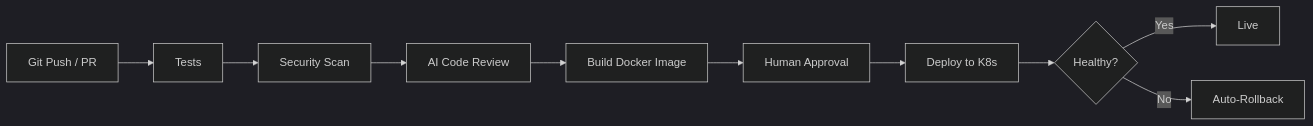
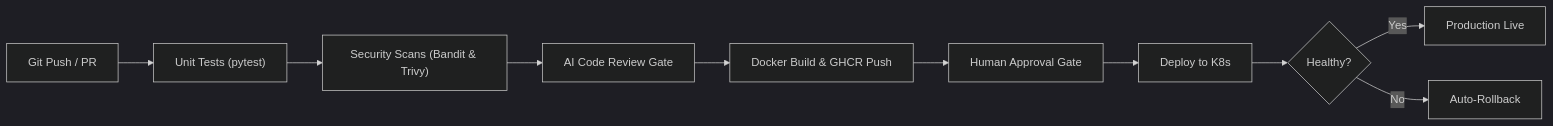
Before and after one commit to Sanket19v/devops-project: the first of 3 diagrams in README.md, drawn with Mermaid (dark theme). The commit also changed other lines of this file and 34 other files, not shown here.

````diff
--- a/README.md
+++ b/README.md
@@ -7,12 +72,12 @@
 ```mermaid
 flowchart LR
-    A["Git Push / PR"] --> B["Tests"]
-    B --> C["Security Scan"]
-    C --> D["AI Code Review"]
-    D --> E["Build Docker Image"]
-    E --> F["Human Approval"]
+    A["Git Push / PR"] --> B["Unit Tests (pytest)"]
+    B --> C["Security Scans (Bandit & Trivy)"]
+    C --> D["AI Code Review Gate"]
+    D --> E["Docker Build & GHCR Push"]
+    E --> F["Human Approval Gate"]
     F --> G["Deploy to K8s"]
     G --> H{"Healthy?"}
-    H -- Yes --> I["Live"]
-    H -- No --> J["Auto-Rollback"]
+    H -- "Yes" --> I["Production Live"]
+    H -- "No" --> J["Auto-Rollback"]
 ```
````
